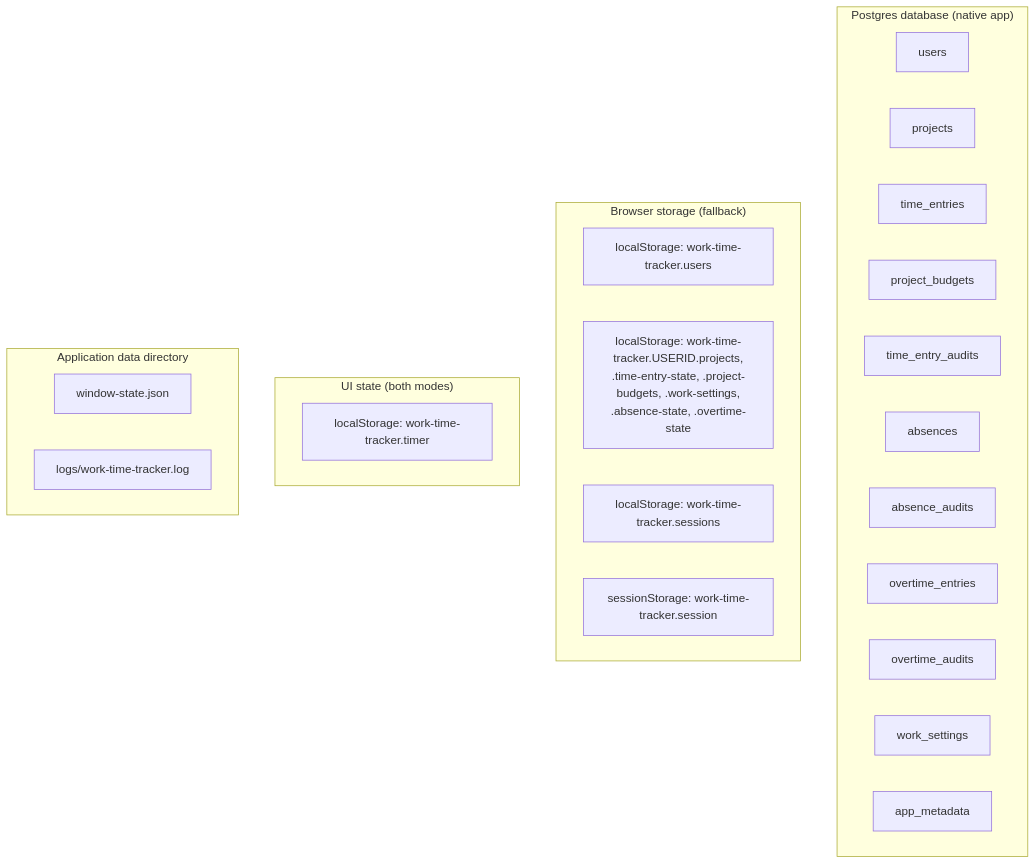
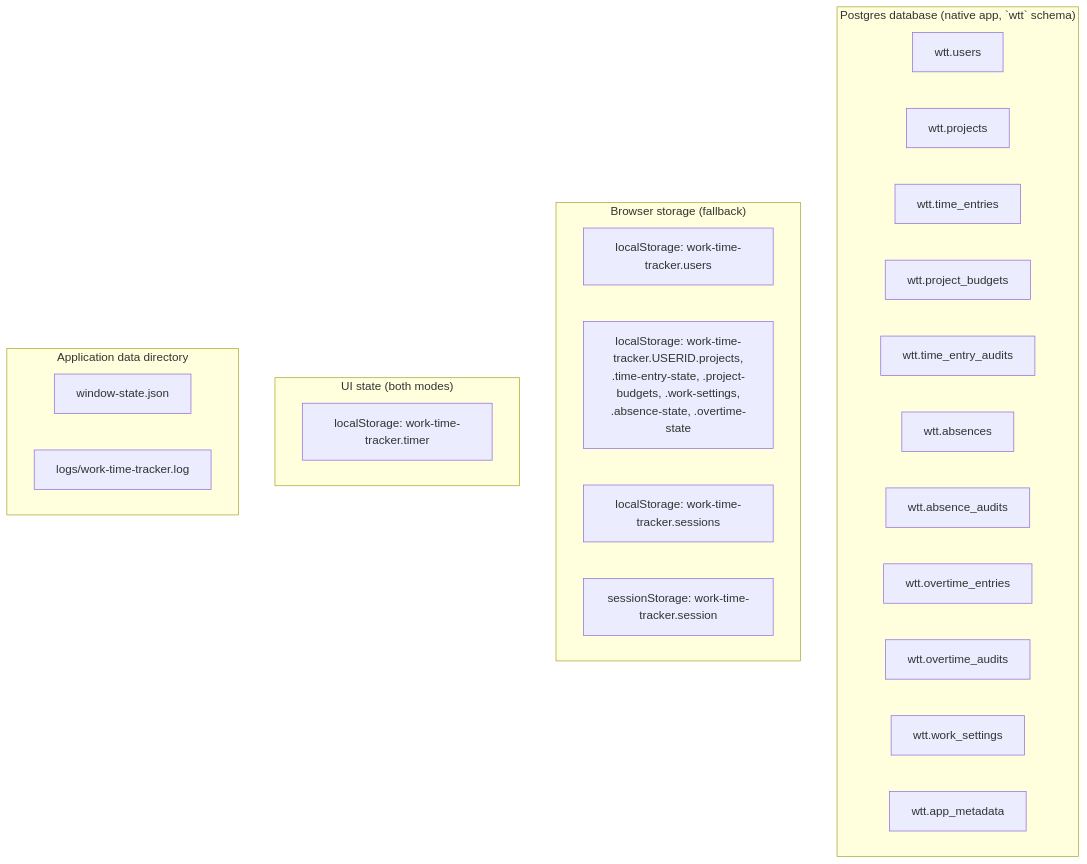
One commit to serious6/WorkTimeTracker changed the second of 3 diagrams in docs/data-model.md. Above: the diagram before and after it, drawn with Mermaid. The commit also changed other lines of this file and 5 other files, not shown here.

First line of the commit message:
refactor: move postgres tables into wtt schema (#110)

````diff
--- a/docs/data-model.md
+++ b/docs/data-model.md
@@ -34,32 +34,32 @@
 ```mermaid
 flowchart TB
-  subgraph postgres["Postgres database (native app)"]
-    users_t["users"]
-    projects_t["projects"]
-    entries_t["time_entries"]
-    budgets_t["project_budgets"]
-    audits_t["time_entry_audits"]
-    absences_t["absences"]
-    absence_audits_t["absence_audits"]
-    overtime_t["overtime_entries"]
-    overtime_audits_t["overtime_audits"]
-    settings_t["work_settings"]
-    meta_t["app_metadata"]
+  subgraph postgres["Postgres database (native app, `wtt` schema)"]
+    users_t["wtt.users"]
+    projects_t["wtt.projects"]
+    entries_t["wtt.time_entries"]
+    budgets_t["wtt.project_budgets"]
+    audits_t["wtt.time_entry_audits"]
+    absences_t["wtt.absences"]
+    absence_audits_t["wtt.absence_audits"]
+    overtime_t["wtt.overtime_entries"]
+    overtime_audits_t["wtt.overtime_audits"]
+    settings_t["wtt.work_settings"]
+    meta_t["wtt.app_metadata"]
   end
 
   subgraph browser["Browser storage (fallback)"]
     ls_users["localStorage: work-time-tracker.users"]
     ls_scoped["localStorage: work-time-tracker.USERID.projects,<br/>.time-entry-state, .project-budgets, .work-settings,<br/>.absence-state, .overtime-state"]
     ls_sessions["localStorage: work-time-tracker.sessions"]
     ss_session["sessionStorage: work-time-tracker.session"]
   end
 
   subgraph ui["UI state (both modes)"]
     ls_timer["localStorage: work-time-tracker.timer"]
   end
 
   subgraph fs["Application data directory"]
     win["window-state.json"]
     log["logs/work-time-tracker.log"]
   end
 ```
````
